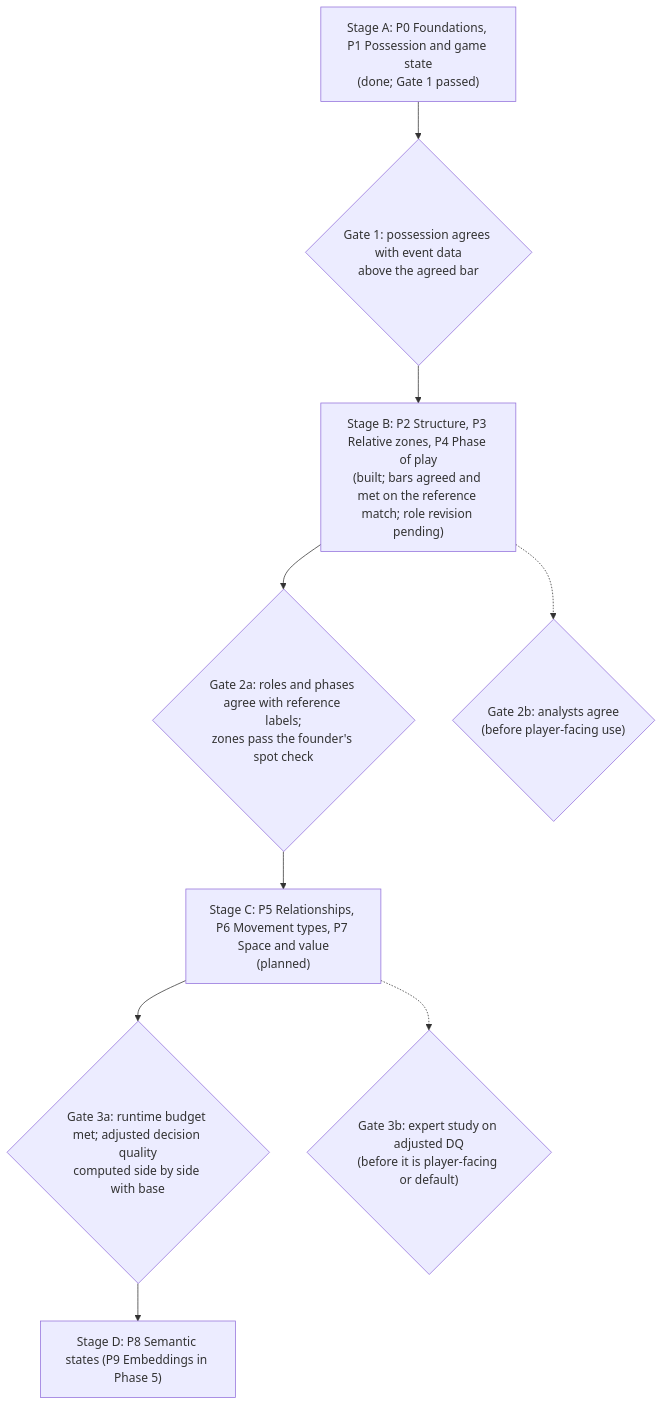
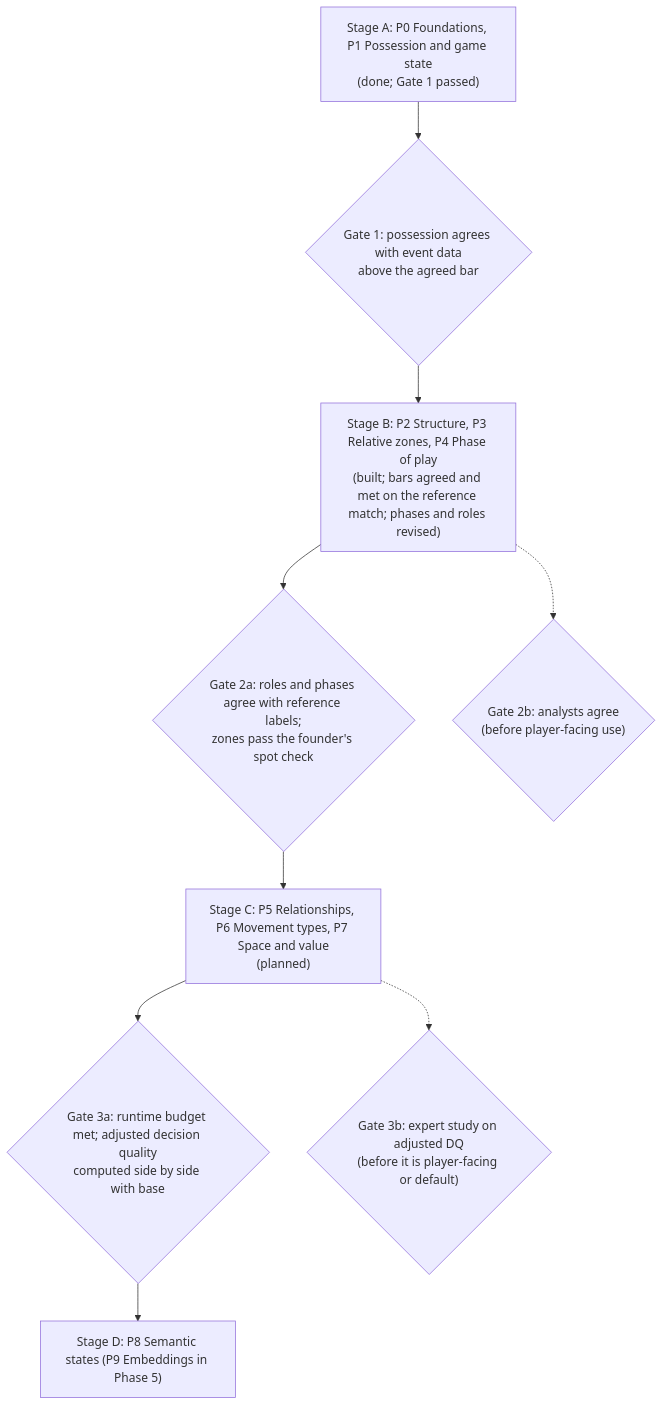
The diagram in ponta-blueprint/context-packages.md (cgvgukapps/ponta-blueprint), drawn with Mermaid before and after one commit. The commit also changed other lines of this file and 4 other files, not shown here.

First line of the commit message:
Context: role revision (P2 0.2.0), thresholds and phase bar decided

````diff
--- a/ponta-blueprint/context-packages.md
+++ b/ponta-blueprint/context-packages.md
@@ -76,13 +76,13 @@
 ```mermaid
 flowchart TB
   A["Stage A: P0 Foundations, P1 Possession and game state<br/>(done; Gate 1 passed)"]
   G1{"Gate 1: possession agrees with event data<br/>above the agreed bar"}
-  B["Stage B: P2 Structure, P3 Relative zones, P4 Phase of play<br/>(built; bars agreed and met on the reference match; role revision pending)"]
+  B["Stage B: P2 Structure, P3 Relative zones, P4 Phase of play<br/>(built; bars agreed and met on the reference match; phases and roles revised)"]
   G2{"Gate 2a: roles and phases agree with reference labels;<br/>zones pass the founder's spot check"}
   C["Stage C: P5 Relationships, P6 Movement types, P7 Space and value<br/>(planned)"]
   G3{"Gate 3a: runtime budget met; adjusted decision quality<br/>computed side by side with base"}
   D["Stage D: P8 Semantic states (P9 Embeddings in Phase 5)"]
   A --> G1 --> B --> G2 --> C --> G3 --> D
   B -.-> G2b{"Gate 2b: analysts agree<br/>(before player-facing use)"}
   C -.-> G3b{"Gate 3b: expert study on adjusted DQ<br/>(before it is player-facing or default)"}
 ```
````
